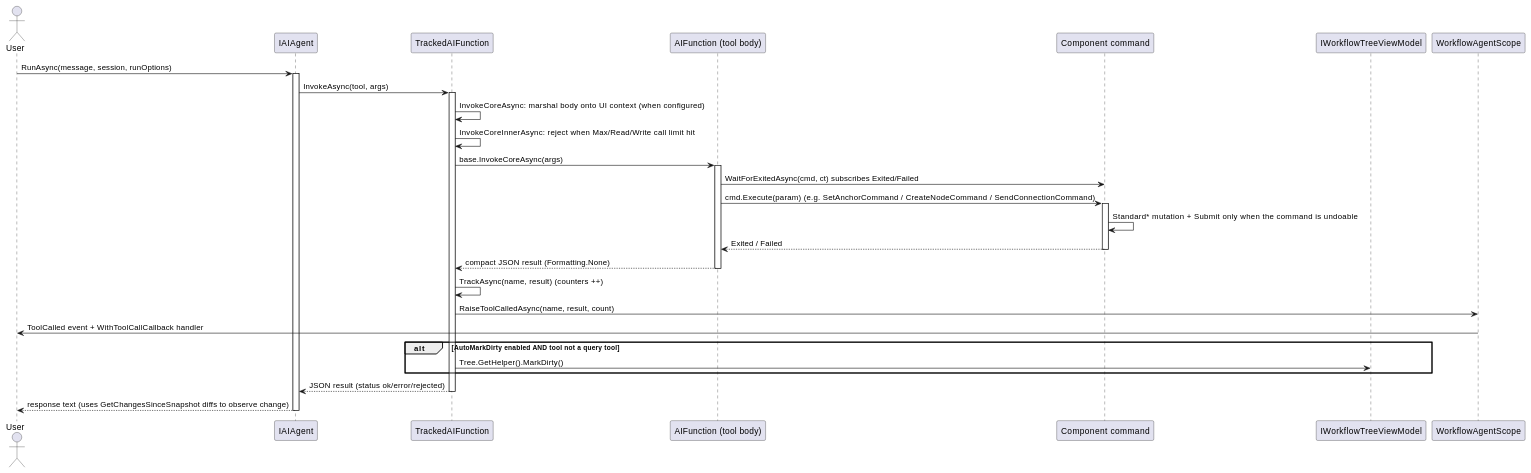
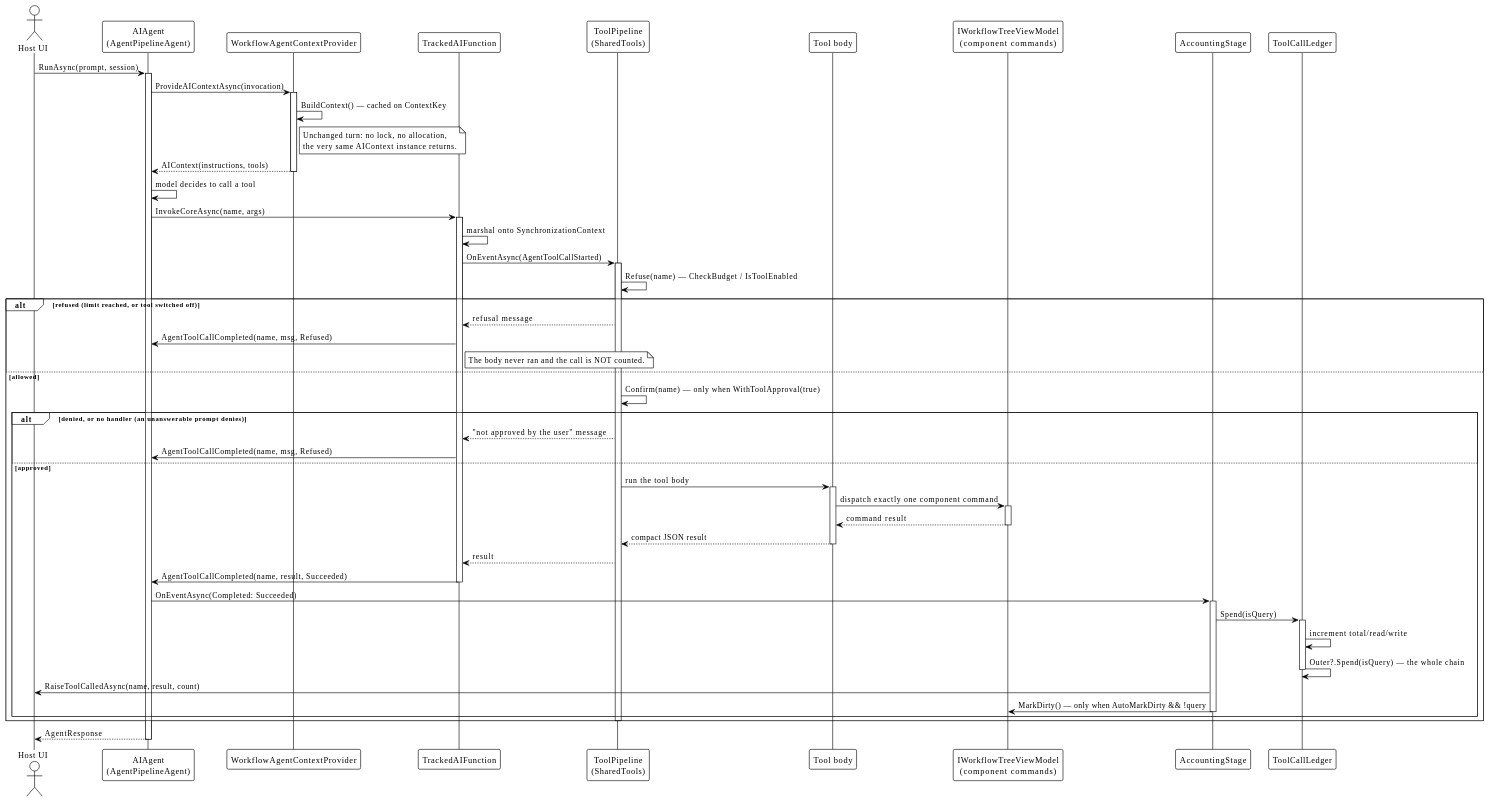
The diagram in src/CloudGlyph/Assets/Docs/content/en/3_SE_Analysis/03_data-flow/01_workflow-agent/00_agent-tool-call/index.md (Axvser/VeloxDev.Docs), drawn with PlantUML before and after one commit. The commit also changed other lines of this file and 591 other files, not shown here.

````diff
--- a/src/CloudGlyph/Assets/Docs/content/en/3_SE_Analysis/03_data-flow/01_workflow-agent/00_agent-tool-call/index.md
+++ b/src/CloudGlyph/Assets/Docs/content/en/3_SE_Analysis/03_data-flow/01_workflow-agent/00_agent-tool-call/index.md
@@ -5,43 +5,76 @@
 ```plantuml
 @startuml
-actor User
-participant "IAIAgent" as Agent
-participant "TrackedAIFunction" as Tool
-participant "AIFunction (tool body)" as Inner
-participant "Component command" as Cmd
-participant "IWorkflowTreeViewModel" as Tree
-participant "WorkflowAgentScope" as Scope
+!theme plain
 
-User -> Agent: RunAsync(message, session, runOptions)
+actor "Host UI" as Host
+participant "AIAgent\n(AgentPipelineAgent)" as Agent
+participant "WorkflowAgentContextProvider" as Provider
+participant "TrackedAIFunction" as Tracked
+participant "ToolPipeline\n(SharedTools)" as Gate
+participant "Tool body" as Tool
+participant "IWorkflowTreeViewModel\n(component commands)" as Tree
+participant "AccountingStage" as Acct
+participant "ToolCallLedger" as Ledger
+
+Host -> Agent: RunAsync(prompt, session)
 activate Agent
+Agent -> Provider: ProvideAIContextAsync(invocation)
+activate Provider
+Provider -> Provider: BuildContext() — cached on ContextKey
+note right of Provider
+  Unchanged turn: no lock, no allocation,
+  the very same AIContext instance returns.
+end note
+Provider --> Agent: AIContext(instructions, tools)
+deactivate Provider
 
-Agent -> Tool: InvokeAsync(tool, args)
-activate Tool
-Tool -> Tool: InvokeCoreAsync: marshal body onto UI context (when configured)
-Tool -> Tool: InvokeCoreInnerAsync: reject when Max/Read/Write call limit hit
-Tool -> Inner: base.InvokeCoreAsync(args)
-activate Inner
+Agent -> Agent: model decides to call a tool
+Agent -> Tracked: InvokeCoreAsync(name, args)
+activate Tracked
+Tracked -> Tracked: marshal onto SynchronizationContext
+Tracked -> Gate: OnEventAsync(AgentToolCallStarted)
+activate Gate
 
-Inner -> Cmd: WaitForExitedAsync(cmd, ct) subscribes Exited/Failed
-Inner -> Cmd: cmd.Execute(param)  (e.g. SetAnchorCommand / CreateNodeCommand / SendConnectionCommand)
-activate Cmd
-Cmd -> Cmd: Standard* mutation + Submit only when the command is undoable
-Cmd --> Inner: Exited / Failed
-deactivate Cmd
+Gate -> Gate: Refuse(name)  — CheckBudget / IsToolEnabled
+alt refused (limit reached, or tool switched off)
+    Gate --> Tracked: refusal message
+    Tracked -> Agent: AgentToolCallCompleted(name, msg, Refused)
+    note right of Tracked
+      The body never ran and the call is NOT counted.
+    end note
+else allowed
+    Gate -> Gate: Confirm(name)  — only when WithToolApproval(true)
+    alt denied, or no handler (an unanswerable prompt denies)
+        Gate --> Tracked: "not approved by the user" message
+        Tracked -> Agent: AgentToolCallCompleted(name, msg, Refused)
+    else approved
+        Gate -> Tool: run the tool body
+        activate Tool
+        Tool -> Tree: dispatch exactly one component command
+        activate Tree
+        Tree --> Tool: command result
+        deactivate Tree
+        Tool --> Gate: compact JSON result
+        deactivate Tool
+        Gate --> Tracked: result
+        Tracked -> Agent: AgentToolCallCompleted(name, result, Succeeded)
+        deactivate Tracked
 
-Inner --> Tool: compact JSON result (Formatting.None)
-deactivate Inner
+        Agent -> Acct: OnEventAsync(Completed: Succeeded)
+        activate Acct
+        Acct -> Ledger: Spend(isQuery)
+        activate Ledger
+        Ledger -> Ledger: increment total/read/write
+        Ledger -> Ledger: Outer?.Spend(isQuery)  — the whole chain
+        deactivate Ledger
+        Acct -> Host: RaiseToolCalledAsync(name, result, count)
+        Acct -> Tree: MarkDirty()  — only when AutoMarkDirty && !query
+        deactivate Acct
+    end
+    deactivate Gate
+end
 
-Tool -> Tool: TrackAsync(name, result)  (counters ++)
-Tool -> Scope: RaiseToolCalledAsync(name, result, count)
-Scope -> User: ToolCalled event + WithToolCallCallback handler
-alt AutoMarkDirty enabled AND tool not a query tool
-    Tool -> Tree: Tree.GetHelper().MarkDirty()
-end
-Tool --> Agent: JSON result (status ok/error/rejected)
-deactivate Tool
-
-Agent --> User: response text (uses GetChangesSinceSnapshot diffs to observe change)
+Agent --> Host: AgentResponse
 deactivate Agent
 @enduml
 ```
````
